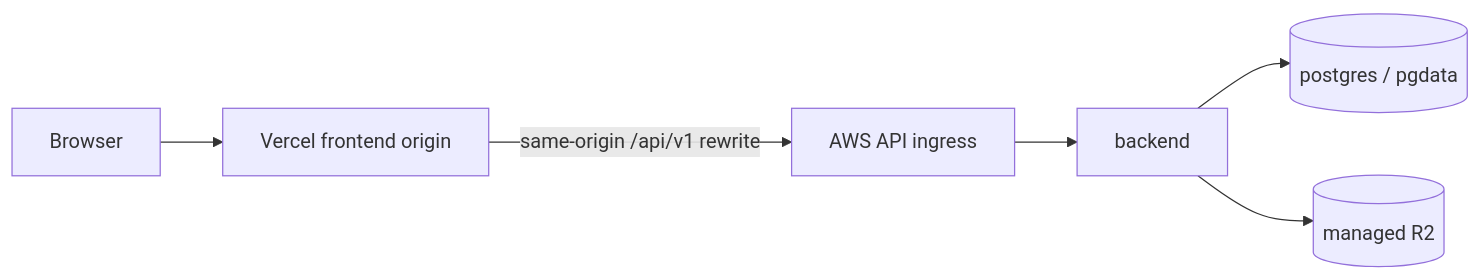
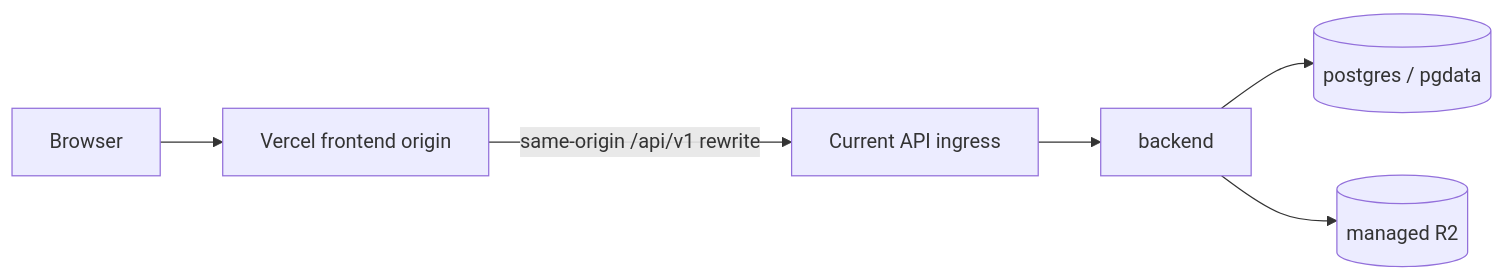
Before and after one commit to JNU-SWCU/oss-hub: the first of 2 diagrams in docs/architecture.md, drawn with Mermaid. The commit also changed other lines of this file and 15 other files, not shown here.

````diff
--- a/docs/architecture.md
+++ b/docs/architecture.md
@@ -33,8 +33,8 @@
 ```mermaid
 flowchart LR
   Browser[Browser] --> Vercel[Vercel frontend origin]
-  Vercel -- same-origin /api/v1 rewrite --> Ingress[AWS API ingress]
+  Vercel -- same-origin /api/v1 rewrite --> Ingress[Current API ingress]
   Ingress --> Back[backend]
   Back --> Postgres[(postgres / pgdata)]
   Back --> R2[(managed R2)]
 ```
````
